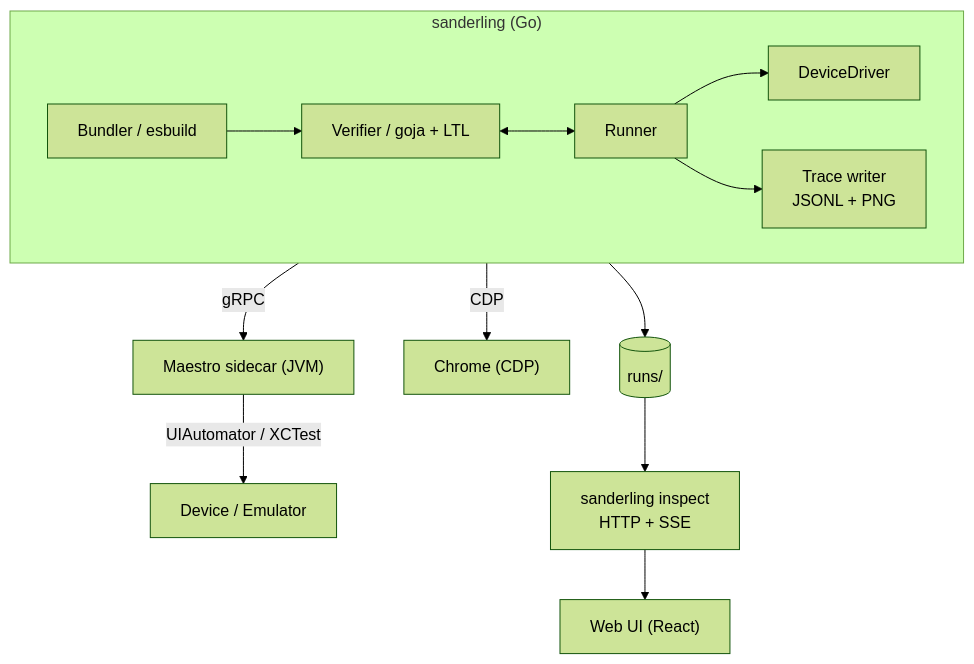
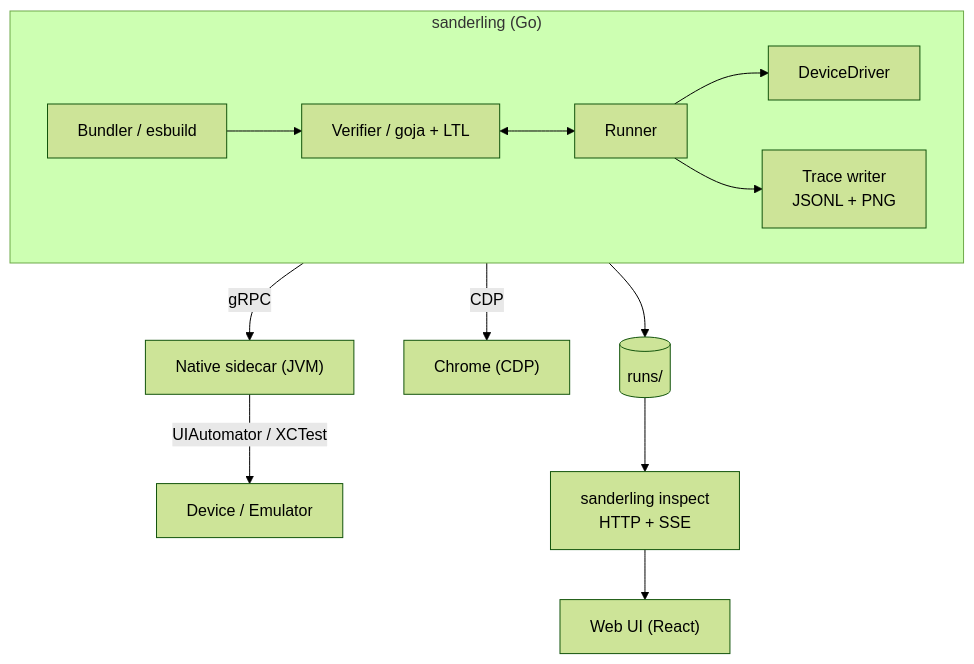
The diagram in docs/development/architecture.md (priyanshujain/sanderling), drawn with Mermaid (forest theme) before and after one commit. The commit also changed other lines of this file and 11 other files, not shown here.

````diff
--- a/docs/development/architecture.md
+++ b/docs/development/architecture.md
@@ -7,23 +7,23 @@
 ```mermaid
 flowchart TB
     subgraph go["sanderling (Go)"]
         direction LR
         B["Bundler / esbuild"] --> V["Verifier / goja + LTL"]
         V <--> R["Runner"]
         R --> D["DeviceDriver"]
         R --> T["Trace writer\nJSONL + PNG"]
     end
 
-    SC["Maestro sidecar (JVM)"]
+    SC["Native sidecar (JVM)"]
     DC["Device / Emulator"]
     CH["Chrome (CDP)"]
     RD[("runs/")]
     IN["sanderling inspect\nHTTP + SSE"]
     UI["Web UI (React)"]
 
     D -->|gRPC| SC
     SC -->|UIAutomator / XCTest| DC
     D -->|CDP| CH
 
     T --> RD --> IN --> UI
 ```
````
